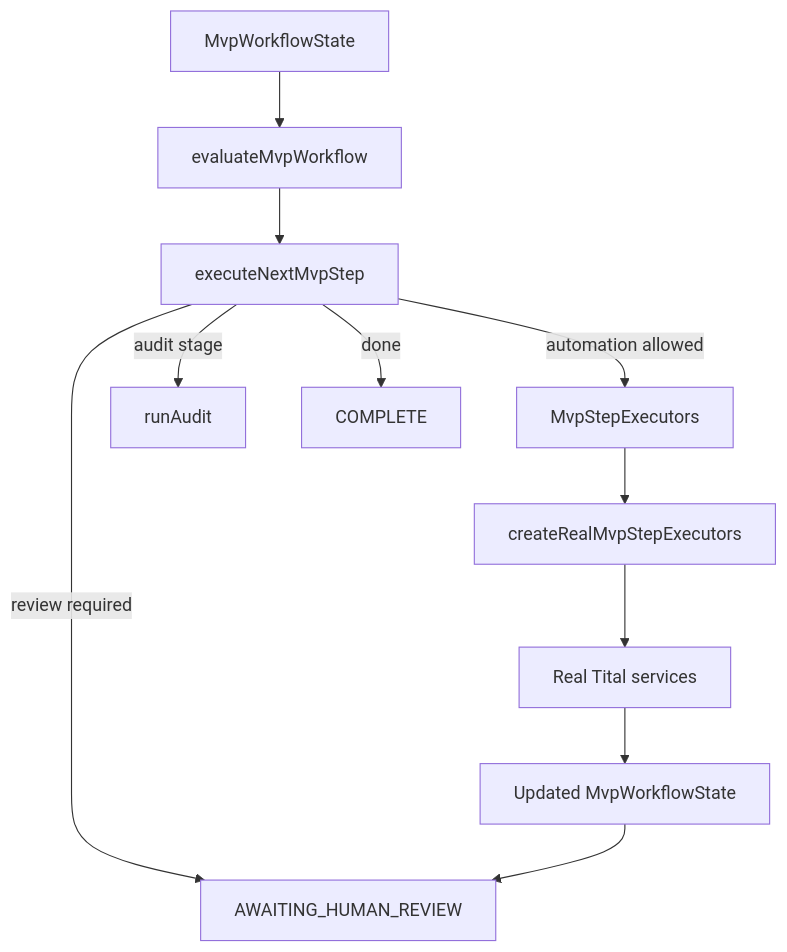
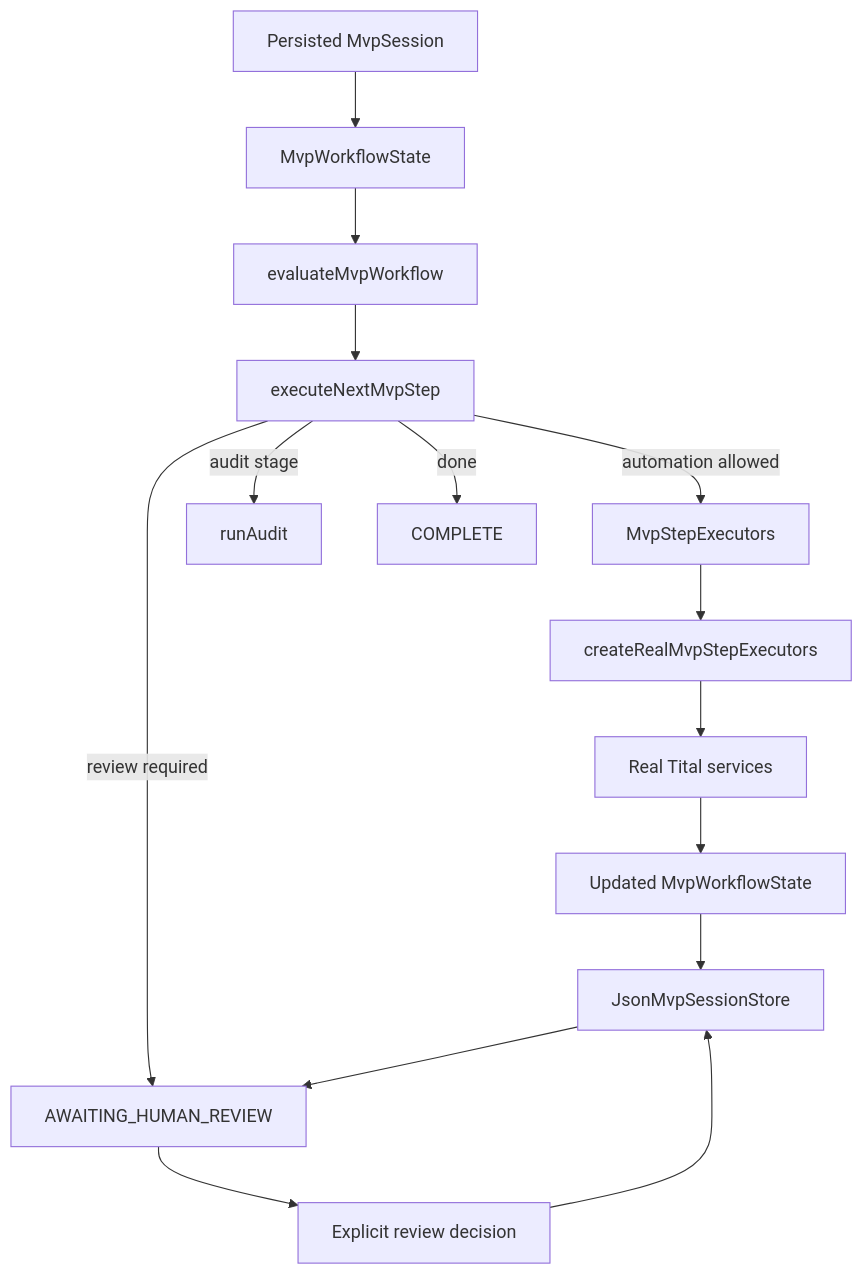
The first of 2 diagrams in docs/execution/orchestration.md (amin076/tital), drawn with Mermaid before and after one commit. The commit also changed other lines of this file and 6 other files, not shown here.

Commit message:
docs: align persisted MVP session and add finalization coverage

````diff
--- a/docs/execution/orchestration.md
+++ b/docs/execution/orchestration.md
@@ -17,13 +21,17 @@
 ```mermaid
 graph TD
-    S[MvpWorkflowState] --> E[evaluateMvpWorkflow]
+    PS[Persisted MvpSession] --> S[MvpWorkflowState]
+    S --> E[evaluateMvpWorkflow]
     E --> C[executeNextMvpStep]
     C -->|automation allowed| X[MvpStepExecutors]
     C -->|review required| H[AWAITING_HUMAN_REVIEW]
     C -->|audit stage| A[runAudit]
     C -->|done| Z[COMPLETE]
     X --> R[createRealMvpStepExecutors]
     R --> RS[Real Tital services]
     RS --> NS[Updated MvpWorkflowState]
-    NS --> H
+    NS --> SAVE[JsonMvpSessionStore]
+    SAVE --> H
+    H --> HR[Explicit review decision]
+    HR --> SAVE
 ```
````
